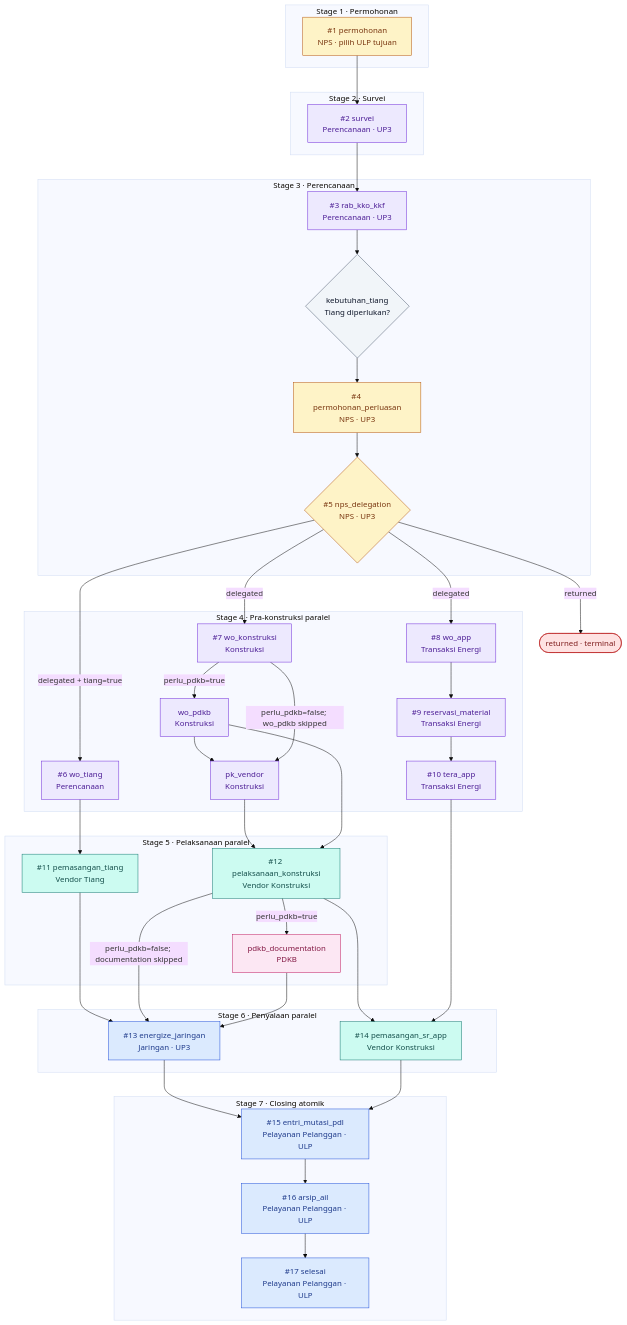
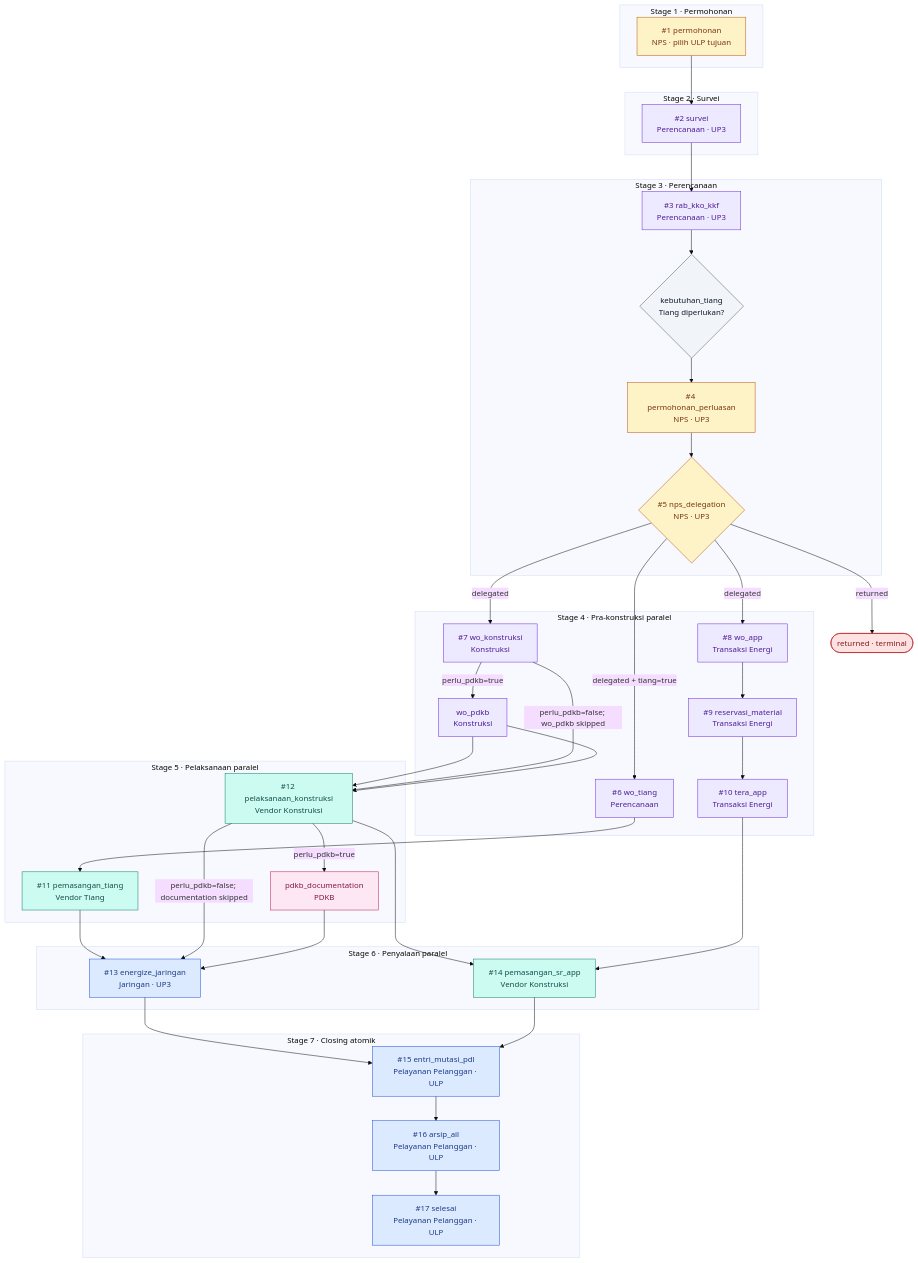
Before and after one commit to pln-colabora/colabora-be: the diagram in docs/architecture/diagrams/02-workflow-plg-tm.md, drawn with Mermaid (base theme). The commit also changed 29 other files, not shown here.

````diff
--- a/docs/architecture/diagrams/02-workflow-plg-tm.md
+++ b/docs/architecture/diagrams/02-workflow-plg-tm.md
@@ -9,76 +9,74 @@
 ```mermaid
 flowchart TD
   classDef ulp fill:#dbeafe,stroke:#1d4ed8,color:#1e3a8a
   classDef up3 fill:#ede9fe,stroke:#6d28d9,color:#4c1d95
   classDef nps fill:#fef3c7,stroke:#b45309,color:#78350f
   classDef vendor fill:#ccfbf1,stroke:#0f766e,color:#134e4a
   classDef pdkb fill:#fce7f3,stroke:#be185d,color:#831843
   classDef decision fill:#f1f5f9,stroke:#475569,color:#0f172a
   classDef terminal fill:#fee2e2,stroke:#b91c1c,color:#7f1d1d
 
   subgraph S1["Stage 1 · Permohonan"]
     permohonan["#1 permohonan<br/>NPS · pilih ULP tujuan"]
   end
   subgraph S2["Stage 2 · Survei"]
     survei["#2 survei<br/>Perencanaan · UP3"]
   end
   subgraph S3["Stage 3 · Perencanaan"]
     rab_kko_kkf["#3 rab_kko_kkf<br/>Perencanaan · UP3"]
     kebutuhan_tiang{"kebutuhan_tiang<br/>Tiang diperlukan?"}
     permohonan_perluasan["#4 permohonan_perluasan<br/>NPS · UP3"]
     nps_delegation{"#5 nps_delegation<br/>NPS · UP3"}
   end
   subgraph S4["Stage 4 · Pra-konstruksi paralel"]
     wo_tiang["#6 wo_tiang<br/>Perencanaan"]
     wo_konstruksi["#7 wo_konstruksi<br/>Konstruksi"]
     wo_pdkb["wo_pdkb<br/>Konstruksi"]
-    pk_vendor["pk_vendor<br/>Konstruksi"]
     wo_app["#8 wo_app<br/>Transaksi Energi"]
     reservasi_material["#9 reservasi_material<br/>Transaksi Energi"]
     tera_app["#10 tera_app<br/>Transaksi Energi"]
   end
   subgraph S5["Stage 5 · Pelaksanaan paralel"]
     pemasangan_tiang["#11 pemasangan_tiang<br/>Vendor Tiang"]
     pelaksanaan_konstruksi["#12 pelaksanaan_konstruksi<br/>Vendor Konstruksi"]
     pdkb_documentation["pdkb_documentation<br/>PDKB"]
   end
   subgraph S6["Stage 6 · Penyalaan paralel"]
     energize_jaringan["#13 energize_jaringan<br/>Jaringan · UP3"]
     pemasangan_sr_app["#14 pemasangan_sr_app<br/>Vendor Konstruksi"]
   end
   subgraph S7["Stage 7 · Closing atomik"]
     entri_mutasi_pdl["#15 entri_mutasi_pdl<br/>Pelayanan Pelanggan · ULP"]
     arsip_ail["#16 arsip_ail<br/>Pelayanan Pelanggan · ULP"]
     selesai["#17 selesai<br/>Pelayanan Pelanggan · ULP"]
   end
   returned(["returned · terminal"])
 
   permohonan --> survei --> rab_kko_kkf --> kebutuhan_tiang --> permohonan_perluasan --> nps_delegation
   nps_delegation -->|returned| returned
   nps_delegation -->|delegated + tiang=true| wo_tiang
   nps_delegation -->|delegated| wo_konstruksi
   nps_delegation -->|delegated| wo_app
   wo_tiang --> pemasangan_tiang
-  wo_konstruksi -->|perlu_pdkb=true| wo_pdkb --> pk_vendor
-  wo_konstruksi -->|perlu_pdkb=false; wo_pdkb skipped| pk_vendor
-  pk_vendor --> pelaksanaan_konstruksi
+  wo_konstruksi -->|perlu_pdkb=true| wo_pdkb --> pelaksanaan_konstruksi
+  wo_konstruksi -->|perlu_pdkb=false; wo_pdkb skipped| pelaksanaan_konstruksi
   wo_pdkb --> pelaksanaan_konstruksi
   wo_app --> reservasi_material --> tera_app
   pemasangan_tiang --> energize_jaringan
   pelaksanaan_konstruksi -->|perlu_pdkb=true| pdkb_documentation
   pelaksanaan_konstruksi -->|perlu_pdkb=false; documentation skipped| energize_jaringan
   pdkb_documentation --> energize_jaringan
   pelaksanaan_konstruksi --> pemasangan_sr_app
   tera_app --> pemasangan_sr_app
   energize_jaringan --> entri_mutasi_pdl
   pemasangan_sr_app --> entri_mutasi_pdl
   entri_mutasi_pdl --> arsip_ail --> selesai
 
   class energize_jaringan,entri_mutasi_pdl,arsip_ail,selesai ulp
-  class survei,rab_kko_kkf,wo_tiang,wo_konstruksi,wo_pdkb,pk_vendor,wo_app,reservasi_material,tera_app up3
+  class survei,rab_kko_kkf,wo_tiang,wo_konstruksi,wo_pdkb,wo_app,reservasi_material,tera_app up3
   class permohonan,permohonan_perluasan,nps_delegation nps
   class pemasangan_tiang,pelaksanaan_konstruksi,pemasangan_sr_app vendor
   class pdkb_documentation pdkb
   class kebutuhan_tiang decision
   class returned terminal
 ```
````
